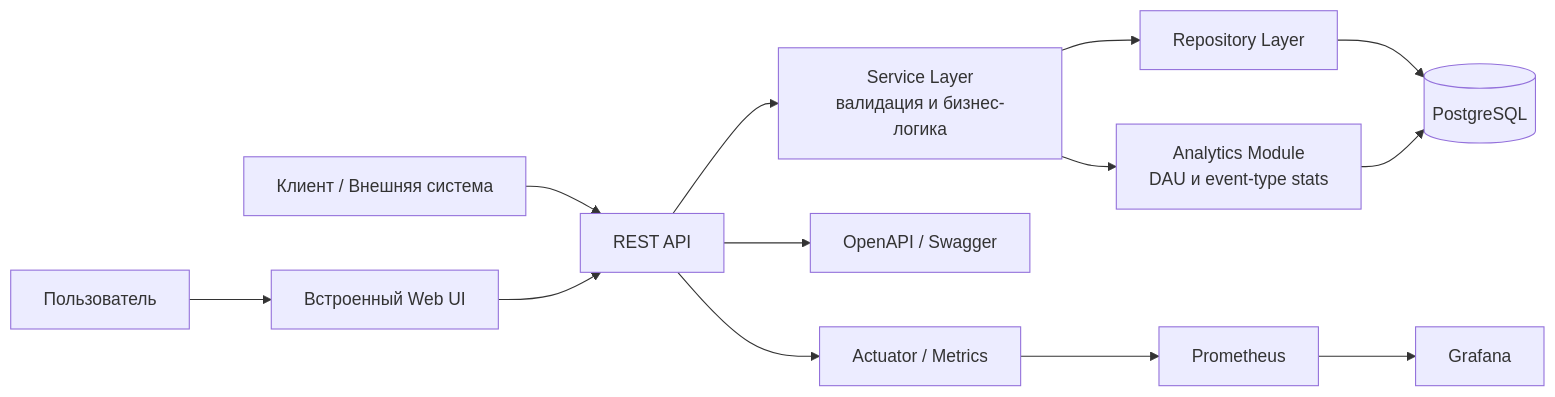
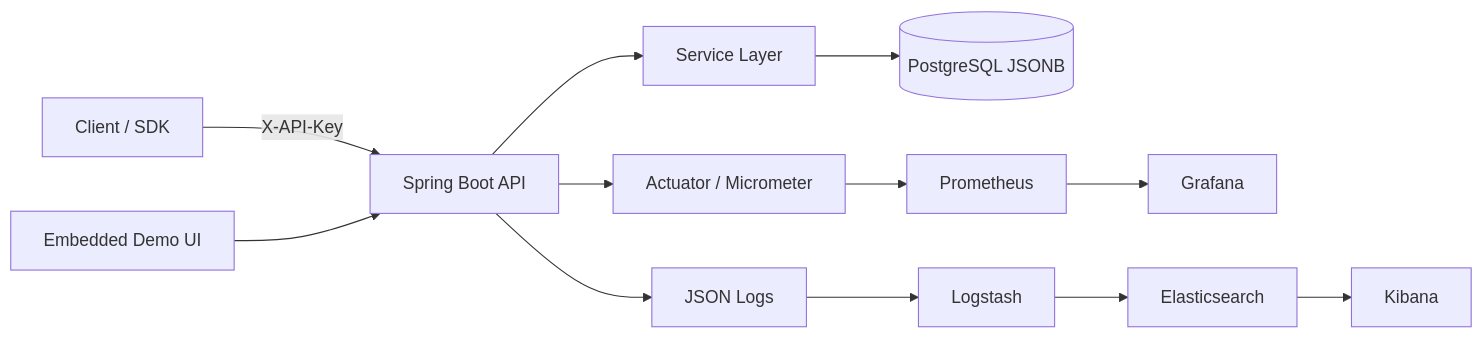
Before and after one commit to AlexToday666/Smart-Activity-Tracker: the diagram in README.md, drawn with Mermaid. The commit also changed other lines of this file and 16 other files, not shown here.

````diff
--- a/README.md
+++ b/README.md
@@ -32,20 +29,11 @@
 ```mermaid
 flowchart LR
-    User[Пользователь] --> UI[Встроенный Web UI]
-    Client[Клиент / Внешняя система] --> API[REST API]
-
-    UI --> API
-
-    API --> Service[Service Layer\nвалидация и бизнес-логика]
-    Service --> Repo[Repository Layer]
-    Repo --> DB[(PostgreSQL)]
-
-    Service --> Analytics[Analytics Module\nDAU и event-type stats]
-    Analytics --> DB
-
-    API --> Docs[OpenAPI / Swagger]
-
-    API --> Metrics[Actuator / Metrics]
-    Metrics --> Prometheus[Prometheus]
-    Prometheus --> Grafana[Grafana]
+    Client[Client / SDK] -->|X-API-Key| API[Spring Boot API]
+    UI[Embedded Demo UI] --> API
+    API --> Services[Service Layer]
+    Services --> DB[(PostgreSQL JSONB)]
+    API --> Metrics[Actuator / Micrometer]
+    Metrics --> Prometheus --> Grafana
+    API --> Logs[JSON Logs]
+    Logs --> Logstash --> Elasticsearch --> Kibana
 ```
````
